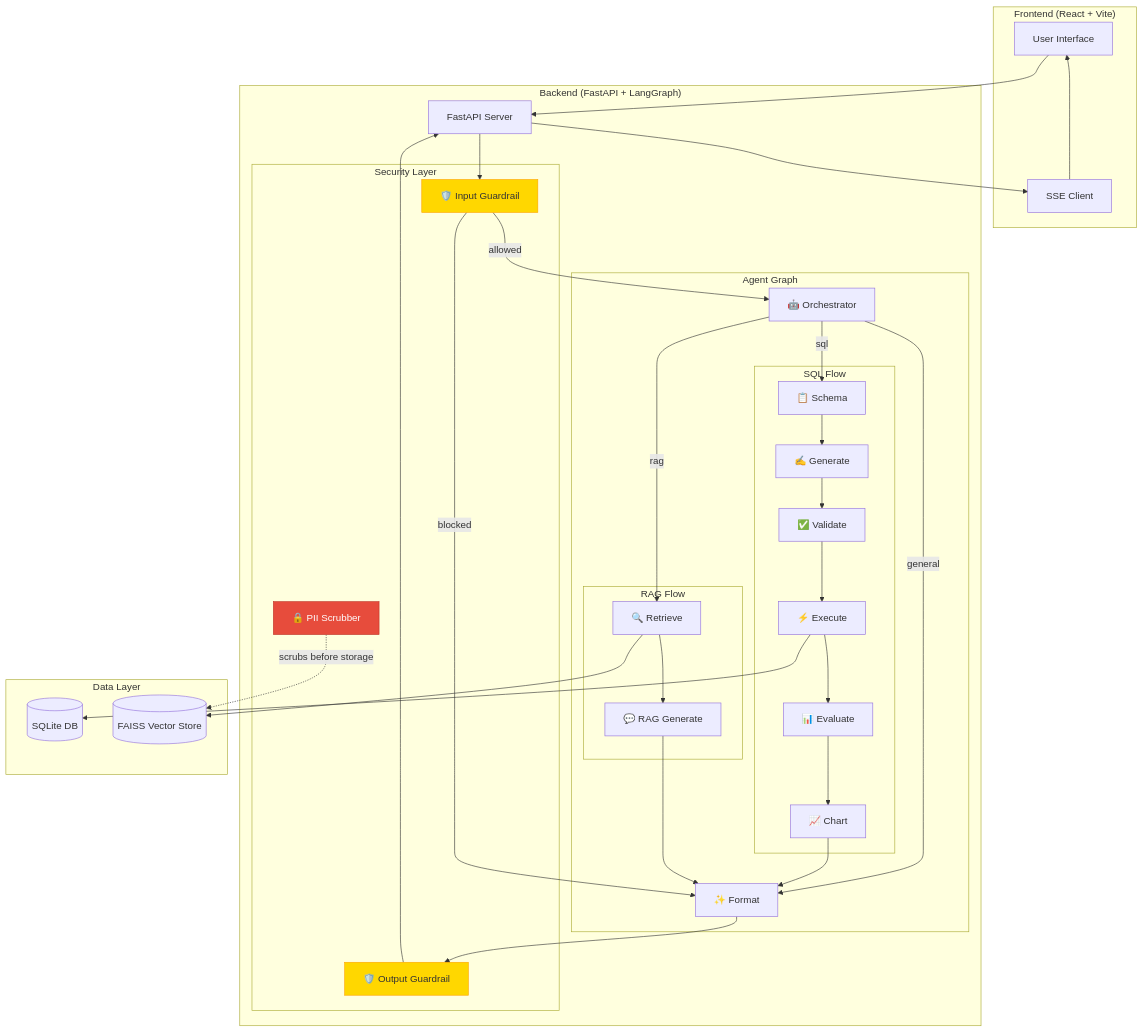
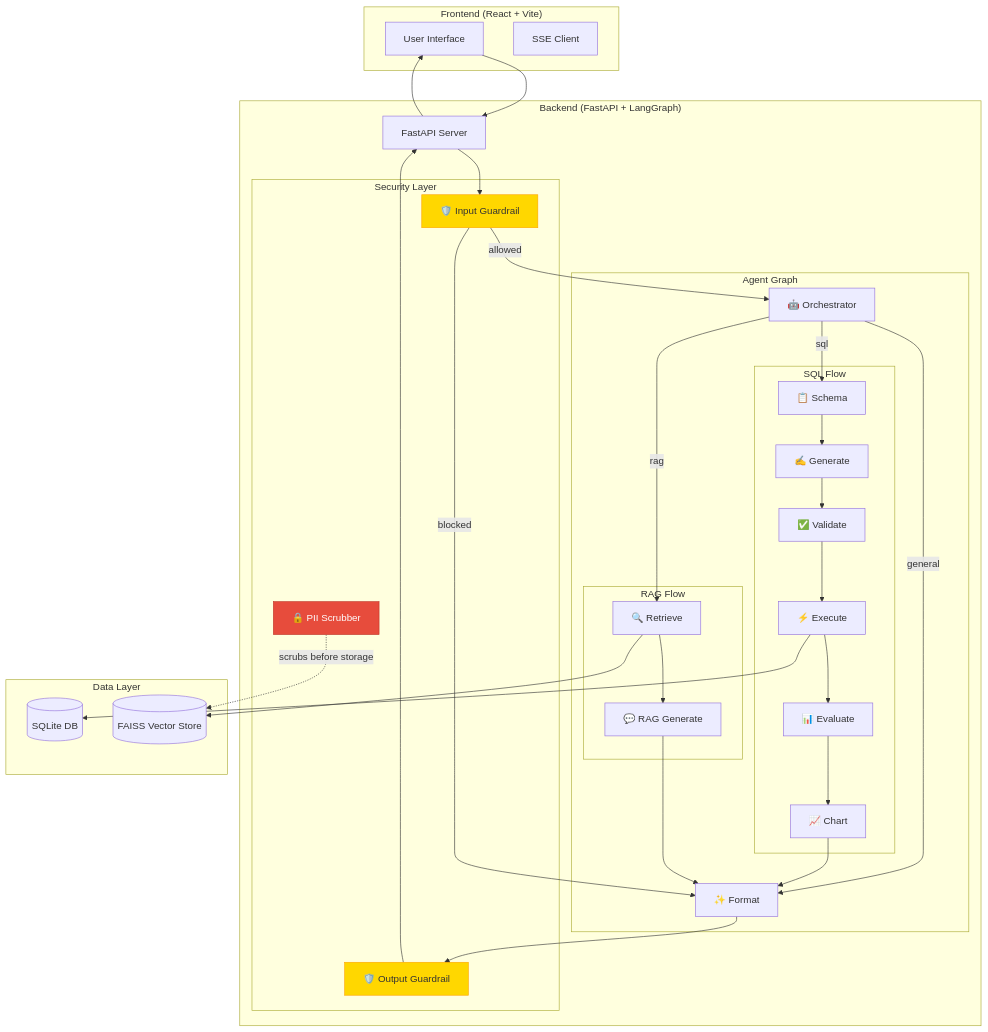
Before and after one commit to Tpg1993/text2sqlagent: the first of 3 diagrams in README.md, drawn with Mermaid. The commit also changed other lines of this file and 24 other files, not shown here.

````diff
--- a/README.md
+++ b/README.md
@@ -19,66 +19,66 @@
 ```mermaid
 graph TB
     subgraph Frontend["Frontend (React + Vite)"]
         UI[User Interface]
         SSE[SSE Client]
     end
     
     subgraph Backend["Backend (FastAPI + LangGraph)"]
         API[FastAPI Server]
         
         subgraph Security["Security Layer"]
             InputGuard[🛡️ Input Guardrail]
             OutputGuard[🛡️ Output Guardrail]
             PII[🔒 PII Scrubber]
         end
         
         subgraph Agents["Agent Graph"]
             Orch[🤖 Orchestrator]
             
             subgraph SQL["SQL Flow"]
                 Schema[📋 Schema]
                 Gen[✍️ Generate]
                 Val[✅ Validate]
                 Exec[⚡ Execute]
                 Eval[📊 Evaluate]
                 Chart[📈 Chart]
             end
             
             subgraph RAG["RAG Flow"]
                 Ret[🔍 Retrieve]
                 RAGGen[💬 RAG Generate]
             end
             
             Format[✨ Format]
         end
     end
     
     subgraph Data["Data Layer"]
         SQLite[(SQLite DB)]
         FAISS[(FAISS Vector Store)]
     end
     
     UI --> API
     API --> InputGuard
     InputGuard -->|allowed| Orch
     InputGuard -->|blocked| Format
     
     Orch -->|sql| Schema
     Orch -->|rag| Ret
     Orch -->|general| Format
     
     Schema --> Gen --> Val --> Exec --> Eval --> Chart --> Format
     Ret --> RAGGen --> Format
     
     Format --> OutputGuard
     OutputGuard --> API
-    API --> SSE --> UI
+    API --> UI
     
     Exec --> SQLite
     Ret --> FAISS
     PII -.->|scrubs before storage| FAISS
     
     style InputGuard fill:#FFD700,stroke:#FFA500
     style OutputGuard fill:#FFD700,stroke:#FFA500
     style PII fill:#E74C3C,stroke:#C0392B,color:#fff
 ```
````
